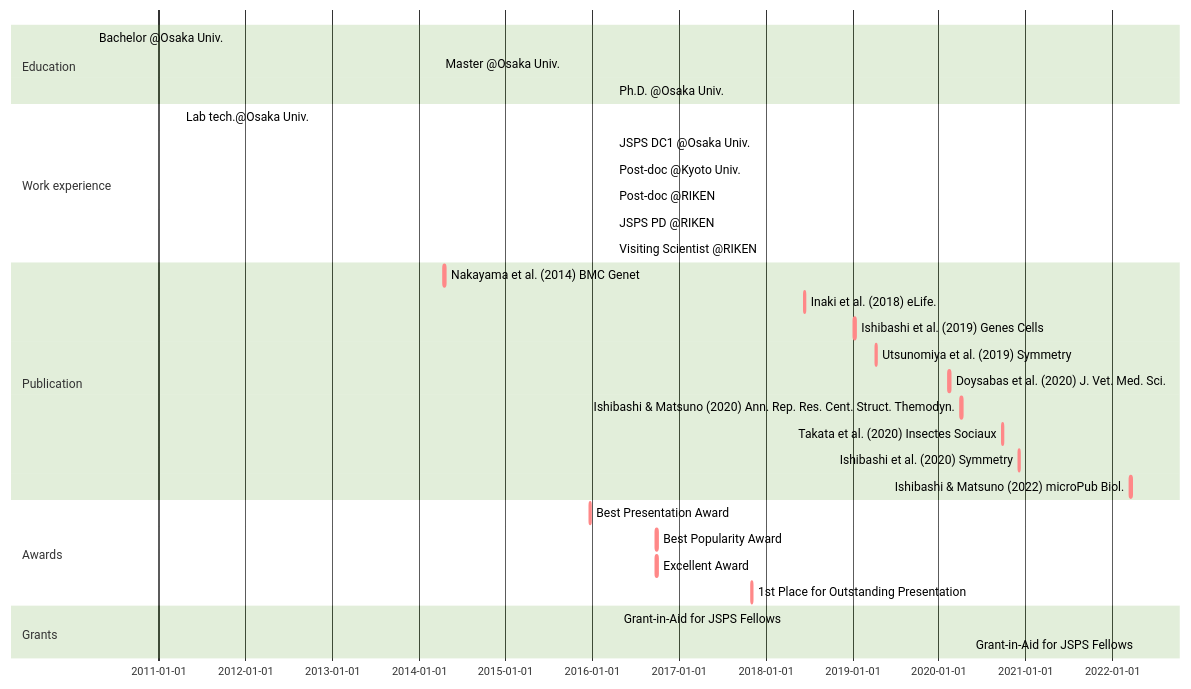
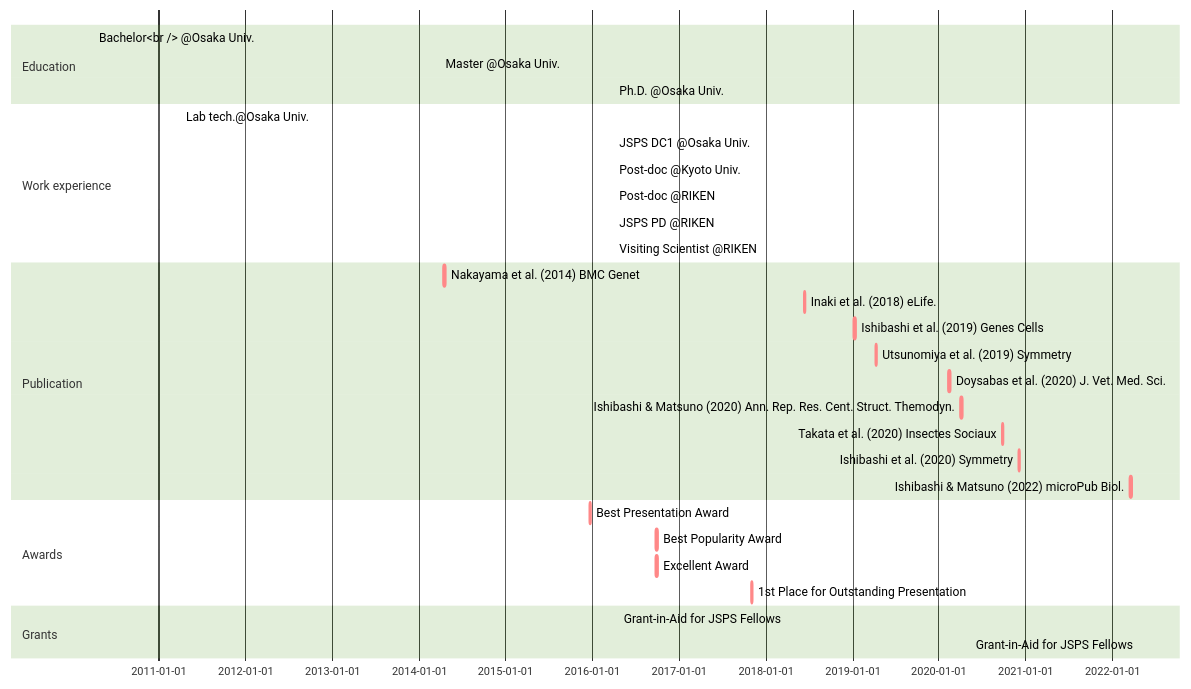
The diagram in _includes/mermaid-cv.md (ishibaki/ishibaki.github.io), drawn with Mermaid (forest theme) before and after one commit.

````diff
--- a/_includes/mermaid-cv.md
+++ b/_includes/mermaid-cv.md
@@ -1,32 +1,32 @@
 ```mermaid
 gantt
 section Education
-  Bachelor @Osaka Univ. : BS, 2010-04-01, 2014-03-25
+  Bachelor<br /> @Osaka Univ. : BS, 2010-04-01, 2014-03-25
   Master @Osaka Univ.   : MS, 2014-04-01, 2016-03-28
   Ph.D. @Osaka Univ.    : Ph.D., 2016-04-01, 2019-03-25
 section Work experience
   Lab tech.@Osaka Univ.     : done, OU-tech, 2011-04-01, 2012-03-31
   JSPS DC1 @Osaka Univ.     : done, DC1, 2016-04-01, 2019-03-31
   Post-doc @Kyoto Univ.     : done, KU-postdoc, after DC1, 2021-04-30
   Post-doc @RIKEN           : done, RIKEN-postdoc, after KU-postdoc, 2022-03-31
   JSPS PD @RIKEN            : active, PD, after RIKEN-postdoc, 2025-03-31
   Visiting Scientist @RIKEN : active, PD, after RIKEN-postdoc, 2025-03-31
 section Publication
   Nakayama et al. (2014) BMC Genet          : crit, nakayama2014, 2014-04-16, 1w
   Inaki et al. (2018) eLife.                : crit, inaki2018, 2018-06-12, 1w
   Ishibashi et al. (2019) Genes Cells       : crit, ishibashi2019, 2019-01-09, 1w
   Utsunomiya et al. (2019) Symmetry         : crit, utsunomiya2019, 2019-04-08, 1w
   Doysabas et al. (2020) J. Vet. Med. Sci.  : crit, doysabas2020, 2020-02-12, 1w
   Ishibashi & Matsuno (2020) Ann. Rep. Res. Cent. Struct. Themodyn. : crit, ishibashi2020a, 2020-04-01, 1w
   Takata et al. (2020) Insectes Sociaux     : crit, takata2020, 2020-09-22, 1w
   Ishibashi et al. (2020) Symmetry          : crit, ishibashi2020b, 2020-12-02, 1w
   Ishibashi & Matsuno (2022) microPub Biol. : crit, ishibashi2022, 2022-03-18, 1w
 section Awards
   Best Presentation Award                : crit, aw_1, 2015-12-20, 1w
   Best Popularity Award                  : crit, aw_2, 2016-09-25, 1w
   Excellent Award                        : crit, aw_3, 2016-09-25, 1w
   1st Place for Outstanding Presentation : crit, aw_4, 2017-11-01, 1w
 section Grants
   Grant-in-Aid for JSPS Fellows : done, grant_DC1, 2016-04-22, 2019-03-31
   Grant-in-Aid for JSPS Fellows : active, grant_PD, 2022-04-22, 2025-03-31
 ```
````
